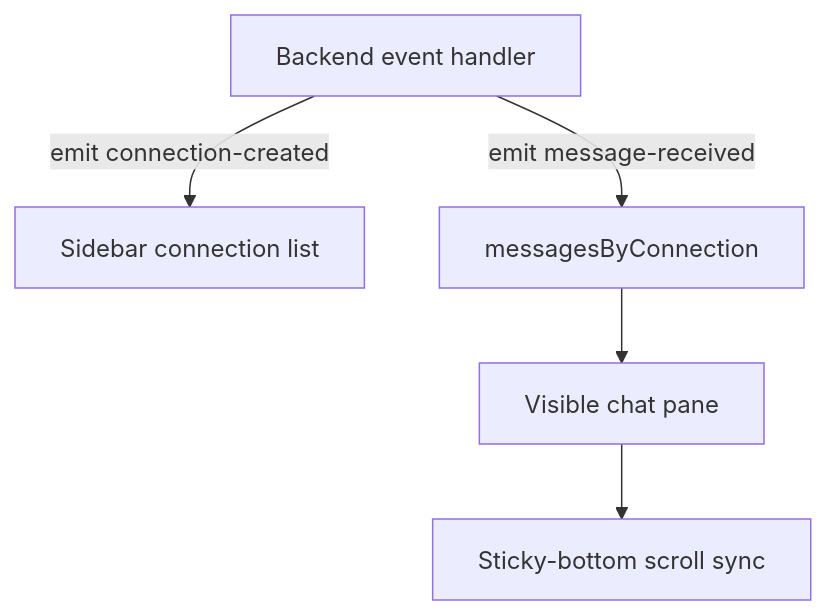
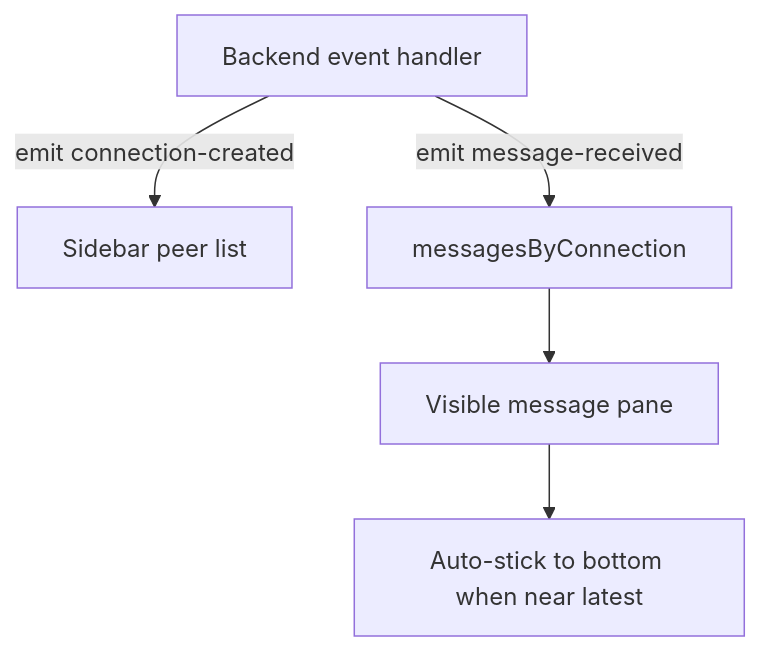
Before and after one commit to Subhranil-Maity/ghostline: the third of 4 diagrams in PROJECT_OVERVIEW.md, drawn with Mermaid. The commit also changed other lines of this file and 13 other files, not shown here.

````diff
--- a/PROJECT_OVERVIEW.md
+++ b/PROJECT_OVERVIEW.md
@@ -227,7 +253,7 @@
 ```mermaid
 flowchart TD
-    BE[Backend event handler] -->|emit connection-created| FE1[Sidebar connection list]
-    BE -->|emit message-received| FE2[messagesByConnection]
-    FE2 --> FE3[Visible chat pane]
-    FE3 --> FE4[Sticky-bottom scroll sync]
+    EH[Backend event handler] -->|emit connection-created| FE1[Sidebar peer list]
+    EH -->|emit message-received| FE2[messagesByConnection]
+    FE2 --> FE3[Visible message pane]
+    FE3 --> FE4[Auto-stick to bottom when near latest]
 ```
````
